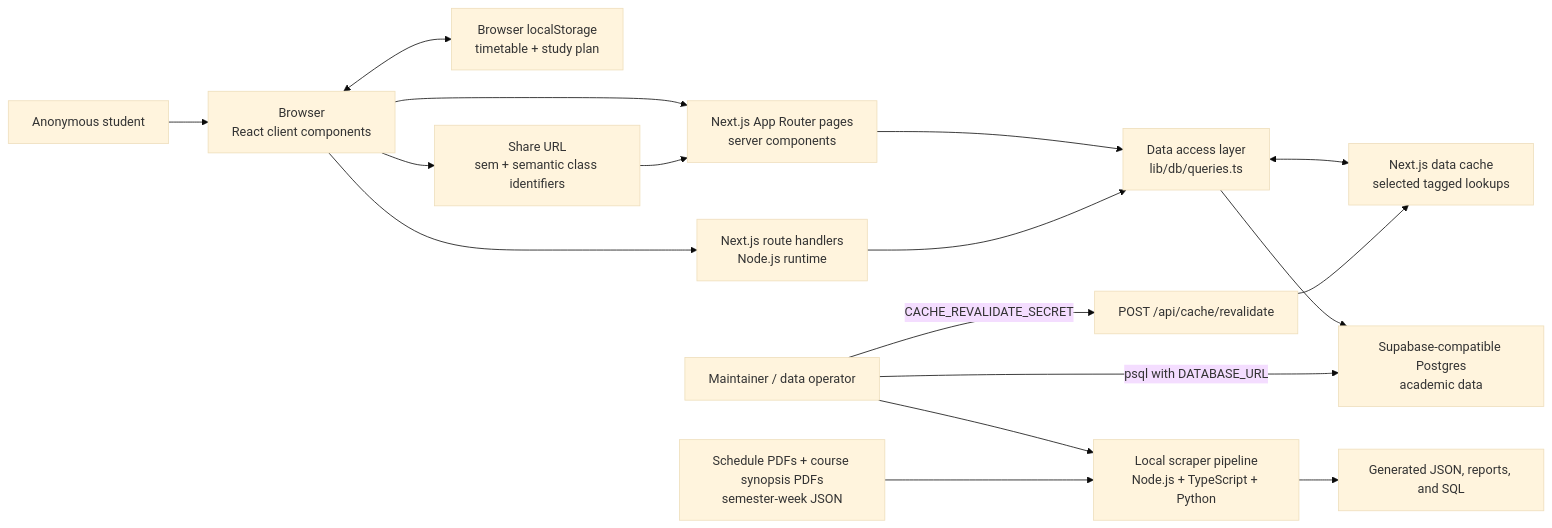
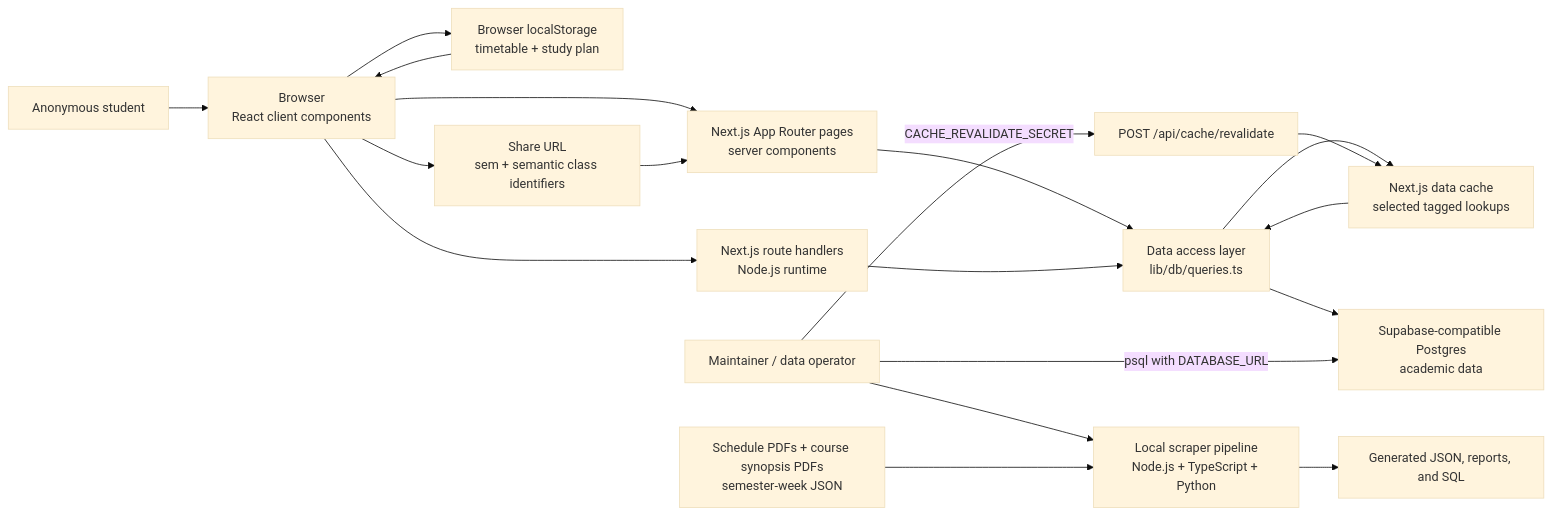
The first of 12 diagrams in docs/DeveloperGuide.md (lester-td/SUSSplanner), drawn with Mermaid (base theme) before and after one commit. The commit also changed other lines of this file, not shown here.

````diff
--- a/docs/DeveloperGuide.md
+++ b/docs/DeveloperGuide.md
@@ -39,35 +39,37 @@
 ```mermaid
 flowchart LR
     User["Anonymous student"]
     Maintainer["Maintainer / data operator"]
     Browser["Browser<br/>React client components"]
     LocalStorage["Browser localStorage<br/>timetable + study plan"]
     ShareURL["Share URL<br/>sem + semantic class identifiers"]
     NextPages["Next.js App Router pages<br/>server components"]
     API["Next.js route handlers<br/>Node.js runtime"]
     DAL["Data access layer<br/>lib/db/queries.ts"]
     Cache["Next.js data cache<br/>selected tagged lookups"]
     DB["Supabase-compatible Postgres<br/>academic data"]
     Sources["Schedule PDFs + course synopsis PDFs<br/>semester-week JSON"]
     Scraper["Local scraper pipeline<br/>Node.js + TypeScript + Python"]
     SQL["Generated JSON, reports, and SQL"]
     Revalidate["POST /api/cache/revalidate"]
 
     User --> Browser
-    Browser <--> LocalStorage
+    Browser --> LocalStorage
+    LocalStorage --> Browser
     Browser --> NextPages
     Browser --> ShareURL
     ShareURL --> NextPages
     Browser --> API
     NextPages --> DAL
     API --> DAL
-    DAL <--> Cache
+    DAL --> Cache
+    Cache --> DAL
     DAL --> DB
 
     Maintainer --> Scraper
     Sources --> Scraper
     Scraper --> SQL
     Maintainer -->|"psql with DATABASE_URL"| DB
     Maintainer -->|"CACHE_REVALIDATE_SECRET"| Revalidate
     Revalidate --> Cache
 ```
````
